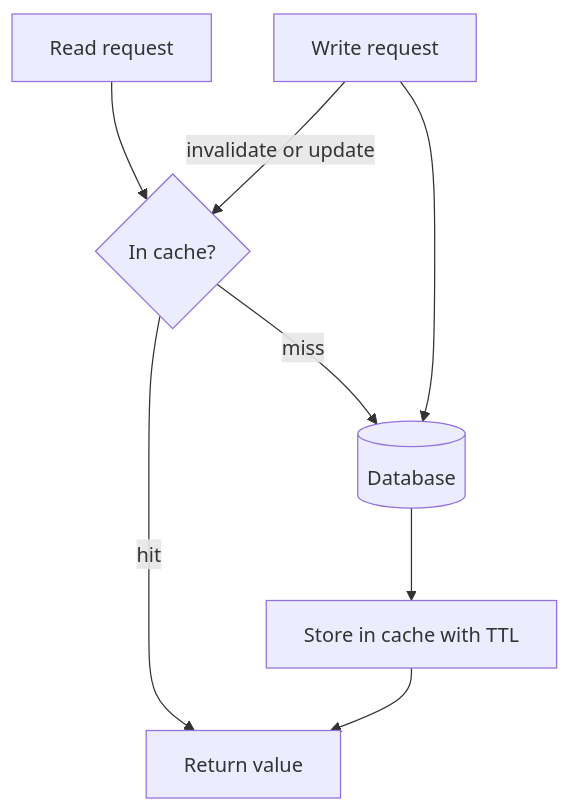
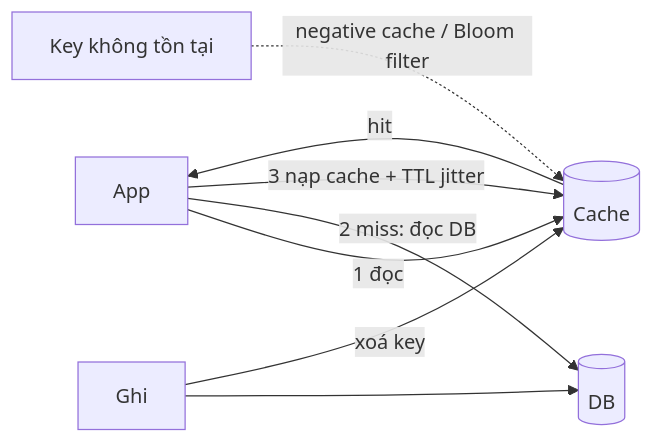
One commit to passion-Infinity/personal-tech-playbook changed the diagram in src/assets/knowledge/playbooks/caching/caching-strategies.md. Above: the diagram before and after it, drawn with Mermaid. The commit also changed other lines of this file and 10 other files, not shown here.

````diff
--- a/src/assets/knowledge/playbooks/caching/caching-strategies.md
+++ b/src/assets/knowledge/playbooks/caching/caching-strategies.md
@@ -20,10 +51,10 @@
 ```mermaid
-flowchart TD
-    R[Read request] --> C{In cache?}
-    C -->|hit| V[Return value]
-    C -->|miss| DB[(Database)]
-    DB --> S[Store in cache with TTL]
-    S --> V
-    W[Write request] --> DB
-    W -->|invalidate or update| C
+flowchart LR
+    APP[App] -->|"1 đọc"| C[("Cache")]
+    C -->|hit| APP
+    APP -->|"2 miss: đọc DB"| DB[("DB")]
+    APP -->|"3 nạp cache + TTL jitter"| C
+    W["Ghi"] --> DB
+    W -->|"xoá key"| C
+    X["Key không tồn tại"] -.->|"negative cache / Bloom filter"| C
 ```
````
